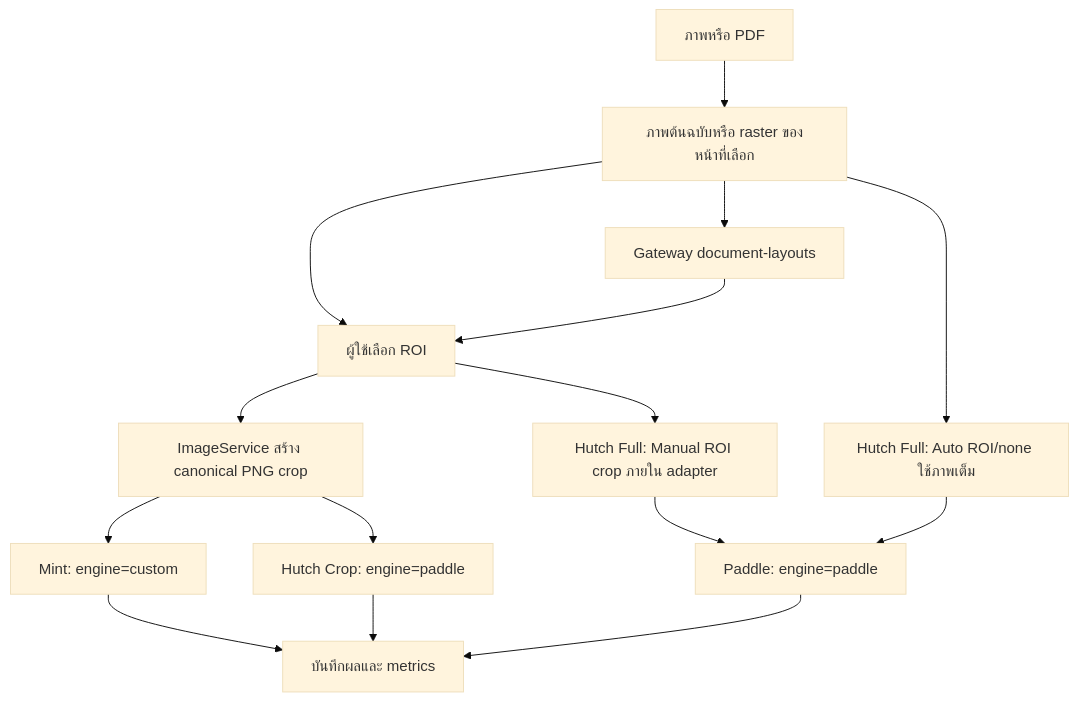
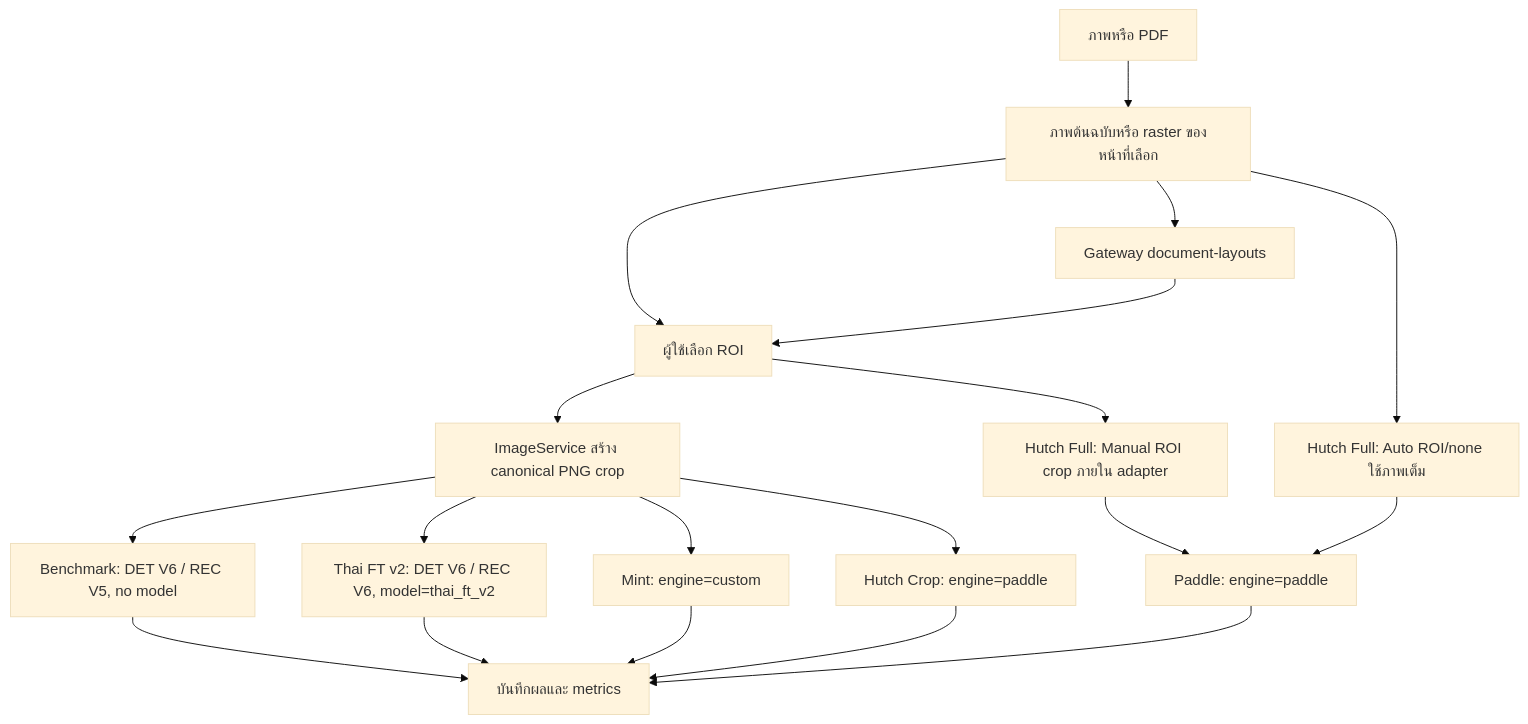
Before and after one commit to jackchayapon/ocrtest: the diagram in docs/flow.md, drawn with Mermaid (base theme). The commit also changed other lines of this file and 14 other files, not shown here.

````diff
--- a/docs/flow.md
+++ b/docs/flow.md
@@ -10,17 +10,21 @@
 ```mermaid
 flowchart TD
   Upload[ภาพหรือ PDF] --> Page[ภาพต้นฉบับหรือ raster ของหน้าที่เลือก]
   Page --> Select[ผู้ใช้เลือก ROI]
   Page --> Auto[Gateway document-layouts]
   Auto --> Select
   Select --> Crop[ImageService สร้าง canonical PNG crop]
   Crop --> Mint[Mint: engine=custom]
   Crop --> Hutch[Hutch Crop: engine=paddle]
+  Crop --> Benchmark[Benchmark: DET V6 / REC V5, no model]
+  Crop --> Thai[Thai FT v2: DET V6 / REC V6, model=thai_ft_v2]
+  Benchmark --> Save
+  Thai --> Save
   Page --> Full[Hutch Full: Auto ROI/none ใช้ภาพเต็ม]
   Select --> Manual[Hutch Full: Manual ROI crop ภายใน adapter]
   Manual --> Paddle
   Full --> Paddle[Paddle: engine=paddle]
   Mint --> Save[บันทึกผลและ metrics]
   Hutch --> Save
   Paddle --> Save
 ```
````
